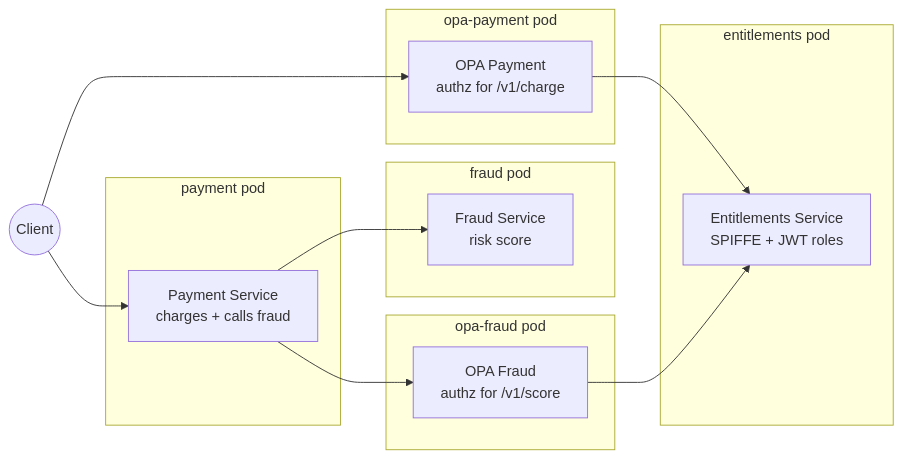
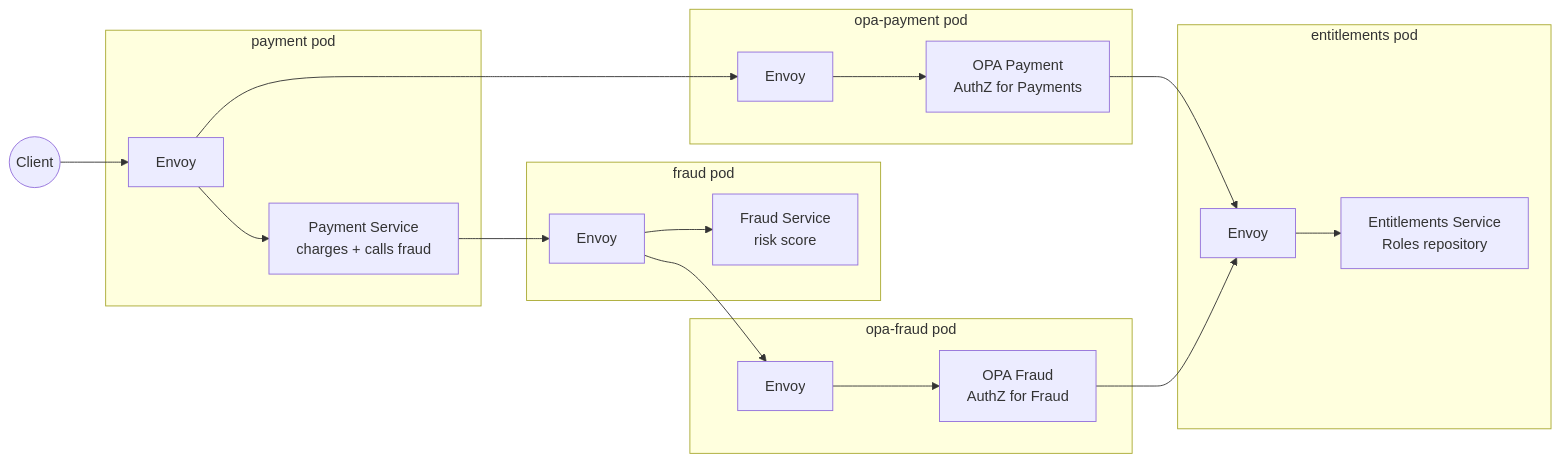
Before and after one commit to jeremymefford/spiffe-authz: the first of 3 diagrams in README.md, drawn with Mermaid.

Commit message:
update diagram

````diff
--- a/README.md
+++ b/README.md
@@ -139,31 +139,41 @@
 ```mermaid
 flowchart LR
     Client((Client))
 
     subgraph PaymentPod["payment pod"]
+        PE[Envoy]
         P["Payment Service<br/>charges + calls fraud"]
     end
 
     subgraph OpaPaymentPod["opa-payment pod"]
-        OP["OPA Payment<br/>authz for /v1/charge"]
+        OPE[Envoy]
+        OP["OPA Payment<br/>AuthZ for Payments"]
     end
 
     subgraph EntitlementsPod["entitlements pod"]
-        E["Entitlements Service<br/>SPIFFE + JWT roles"]
+        EE[Envoy]
+        E["Entitlements Service<br/>Roles repository"]
     end
 
     subgraph FraudPod["fraud pod"]
+        FE[Envoy]
         F["Fraud Service<br/>risk score"]
     end
 
     subgraph OpaFraudPod["opa-fraud pod"]
-        OF["OPA Fraud<br/>authz for /v1/score"]
+        OFE[Envoy]
+        OF["OPA Fraud<br/>AuthZ for Fraud"]
     end
 
-    Client --> P
-    Client --> OP
-    OP --> E
-    P --> F
-    P --> OF
-    OF --> E
+    Client --> PE
+    PE --> P
+    PE --> OPE
+    OPE --> OP
+    OP --> EE
+    EE --> E
+    P --> FE
+    FE --> F
+    FE --> OFE
+    OFE --> OF
+    OF --> EE
 ```
````
